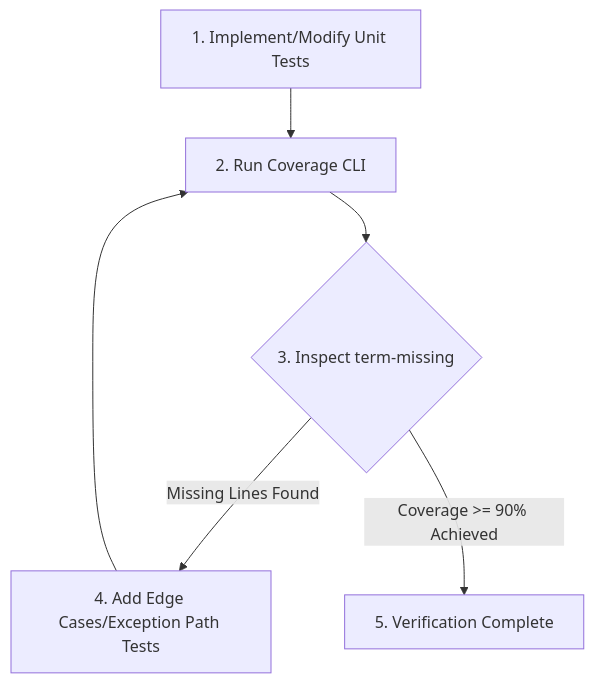
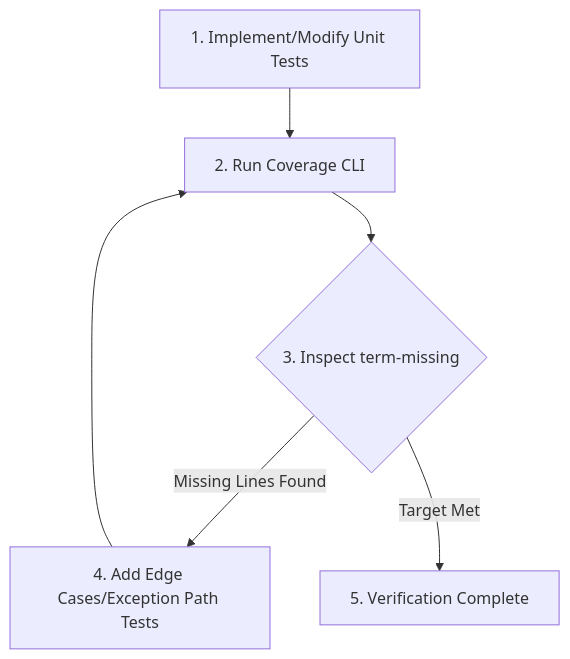
Before and after one commit to KTHYEONG/crypto-pilot: the diagram in .agents/rules/testing.md, drawn with Mermaid. The commit also changed other lines of this file and 23 other files, not shown here.

````diff
--- a/.agents/rules/testing.md
+++ b/.agents/rules/testing.md
@@ -109,8 +118,8 @@
 ```mermaid
 graph TD
     A[1. Implement/Modify Unit Tests] --> B[2. Run Coverage CLI]
     B --> C{3. Inspect term-missing}
     C -- "Missing Lines Found" --> D[4. Add Edge Cases/Exception Path Tests]
     D --> B
-    C -- "Coverage >= 90% Achieved" --> E[5. Verification Complete]
+    C -- "Target Met" --> E[5. Verification Complete]
 ```
````
